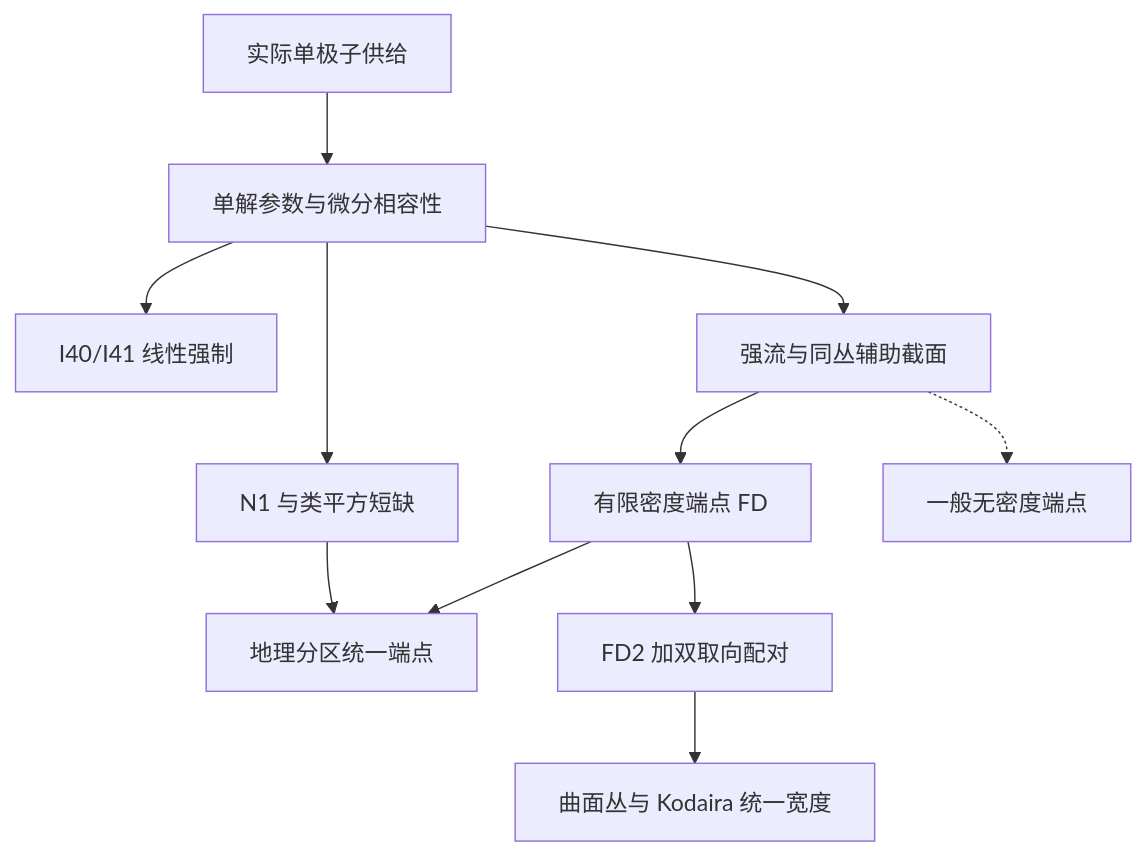
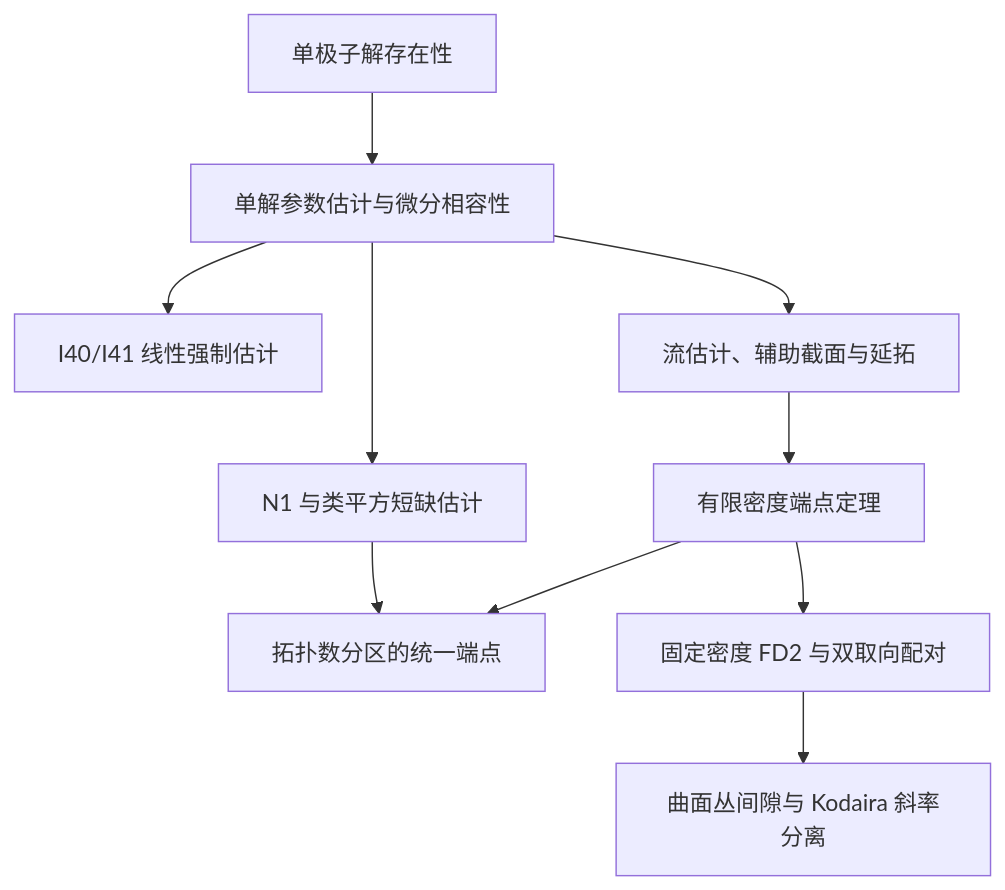
Before and after one commit to Cherish0925/Geometric-Analysis: the diagram in docs/RESEARCH_MAP.md, drawn with Mermaid. The commit also changed other lines of this file and 11 other files, not shown here.

````diff
--- a/docs/RESEARCH_MAP.md
+++ b/docs/RESEARCH_MAP.md
@@ -5,13 +7,12 @@
 ```mermaid
 flowchart TD
-  S["实际单极子供给"] --> A["单解参数与微分相容性"]
-  A --> N["N1 与类平方短缺"]
-  A --> I["I40/I41 线性强制"]
-  A --> R["强流与同丛辅助截面"]
-  R --> F["有限密度端点 FD"]
-  N --> G["地理分区统一端点"]
+  S["单极子解存在性"] --> A["单解参数估计与微分相容性"]
+  A --> N["N1 与类平方短缺估计"]
+  A --> I["I40/I41 线性强制估计"]
+  A --> R["流估计、辅助截面与延拓"]
+  R --> F["有限密度端点定理"]
+  N --> G["拓扑数分区的统一端点"]
   F --> G
-  F --> B["FD2 加双取向配对"]
-  B --> K["曲面丛与 Kodaira 统一宽度"]
-  R -.-> U["一般无密度端点"]
+  F --> B["固定密度 FD2 与双取向配对"]
+  B --> K["曲面丛间隙与 Kodaira 斜率分离"]
 ```
````
